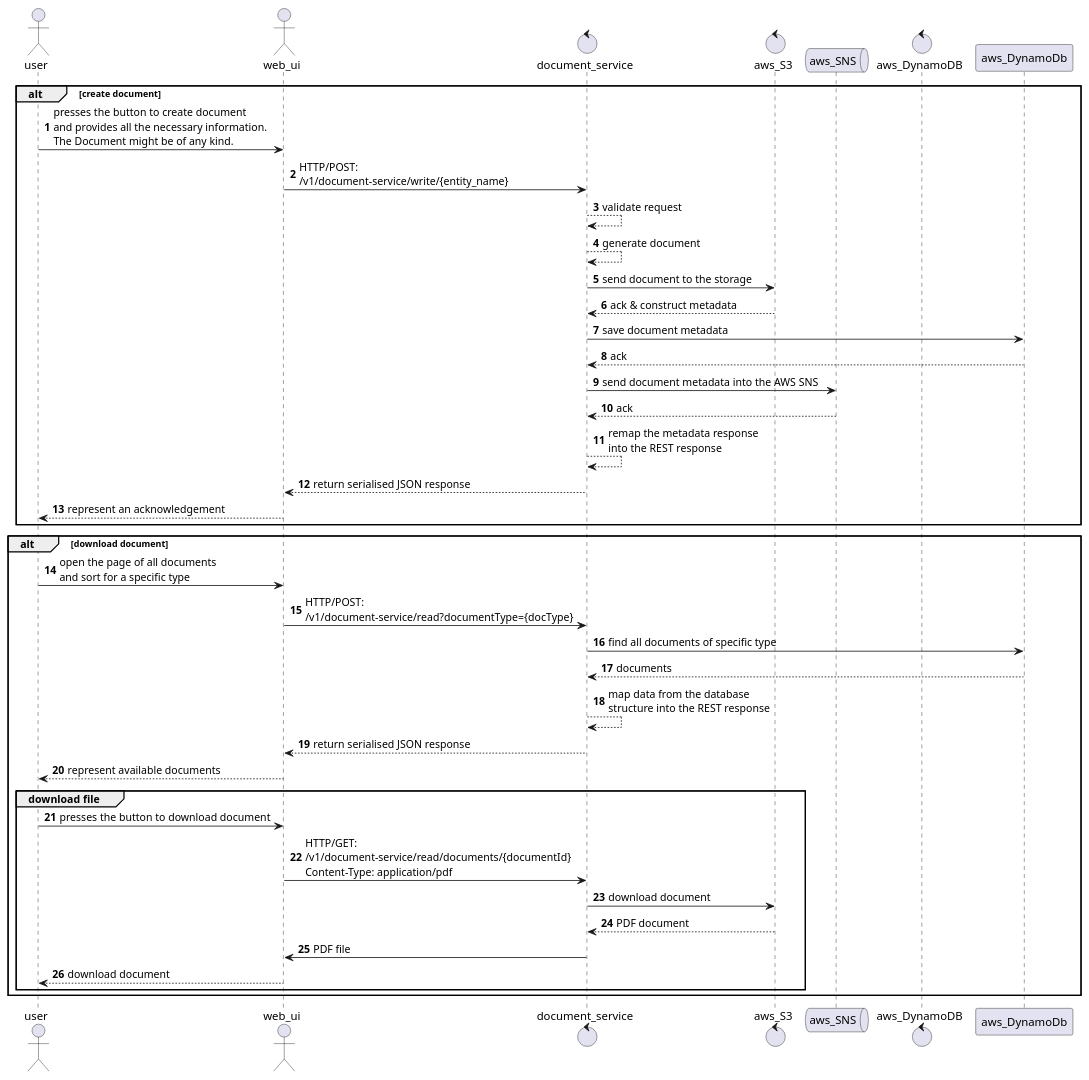
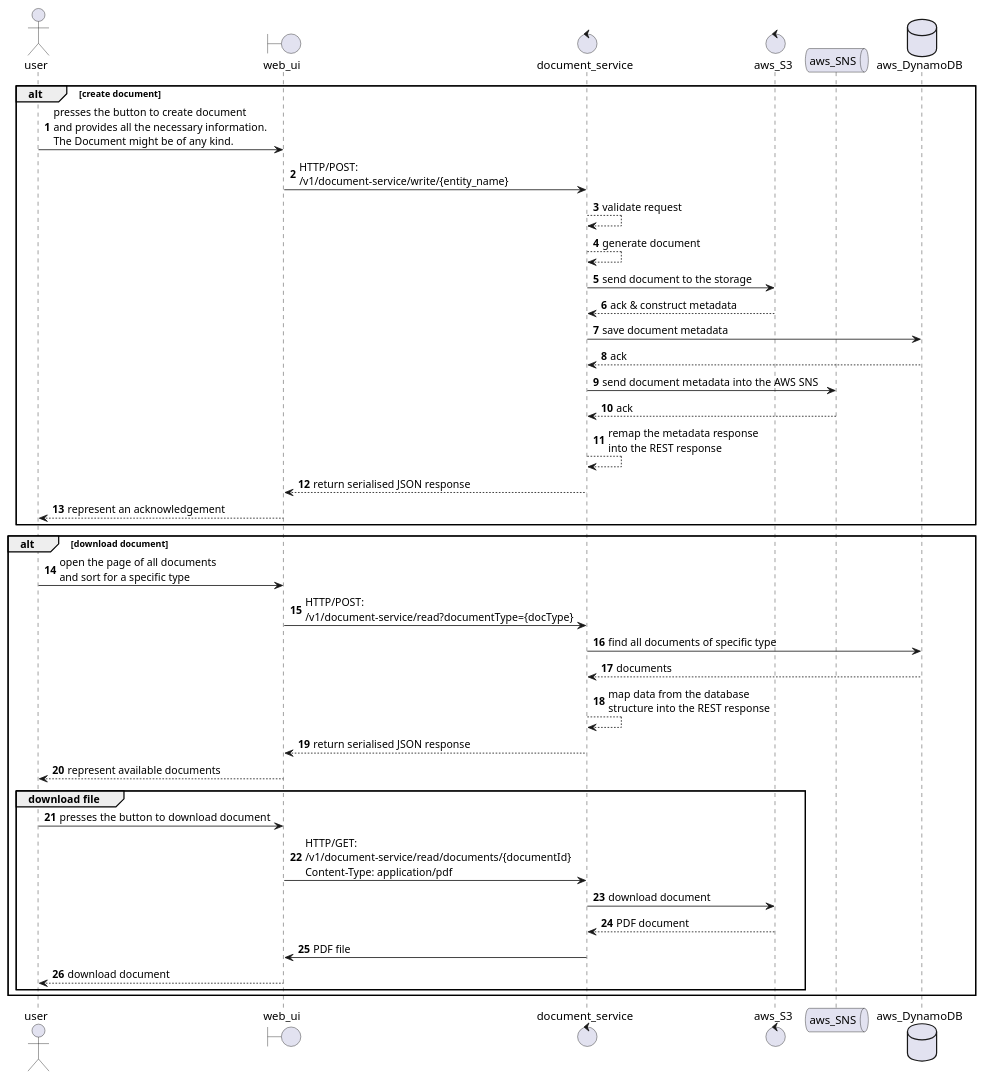
One commit to sergejsvisockis/document-service changed the diagram in high-level.puml. Above: the diagram before and after it, drawn with PlantUML. The commit also changed 1 other file, not shown here.

Commit message:
update diagram

```diff
--- a/high-level.puml
+++ b/high-level.puml
@@ -1,46 +1,46 @@
 @startuml
 'https://plantuml.com/sequence-diagram
 
 autonumber
 
 actor user
-actor web_ui
+boundary web_ui
 control document_service
 control aws_S3
 queue aws_SNS
-control aws_DynamoDB
+database aws_DynamoDB
 
 alt create document
     user -> web_ui: presses the button to create document\nand provides all the necessary information.\nThe Document might be of any kind.
     web_ui -> document_service: HTTP/POST:\n/v1/document-service/write/{entity_name}
     document_service --> document_service: validate request
     document_service --> document_service: generate document
     document_service -> aws_S3: send document to the storage
     return ack & construct metadata
-    document_service -> aws_DynamoDb: save document metadata
+    document_service -> aws_DynamoDB: save document metadata
     return ack
     document_service -> aws_SNS: send document metadata into the AWS SNS
     return ack
     document_service --> document_service: remap the metadata response\ninto the REST response
     document_service --> web_ui: return serialised JSON response
     web_ui --> user: represent an acknowledgement
 end
 alt download document
     user -> web_ui: open the page of all documents\nand sort for a specific type
     web_ui -> document_service: HTTP/POST:\n/v1/document-service/read?documentType={docType}
-    document_service -> aws_DynamoDb: find all documents of specific type
+    document_service -> aws_DynamoDB: find all documents of specific type
     return documents
     document_service --> document_service: map data from the database\nstructure into the REST response
     document_service --> web_ui: return serialised JSON response
     web_ui --> user: represent available documents
     group download file
         user -> web_ui: presses the button to download document
         web_ui -> document_service: HTTP/GET:\n/v1/document-service/read/documents/{documentId}\nContent-Type: application/pdf
         document_service -> aws_S3: download document
         return PDF document
         document_service -> web_ui: PDF file
         web_ui --> user: download document
     end
 end
 
 @enduml
```
